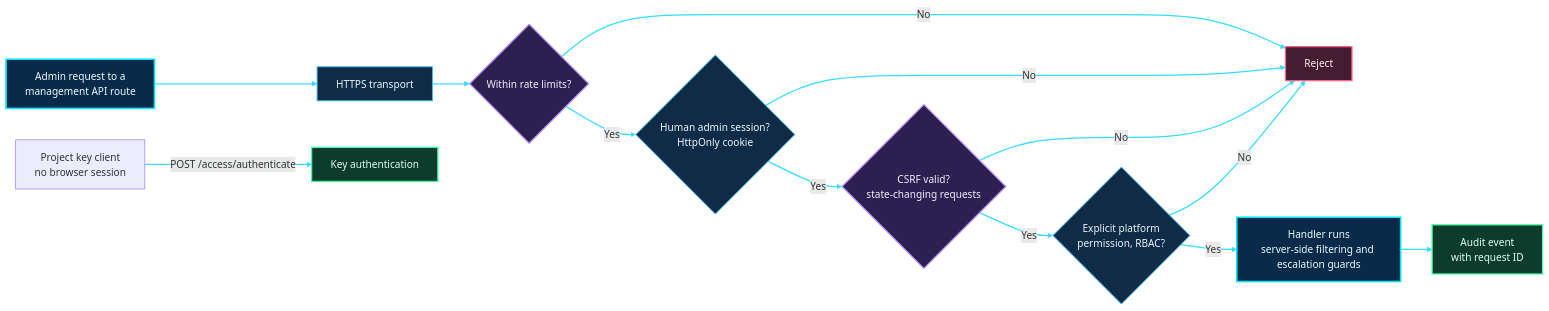
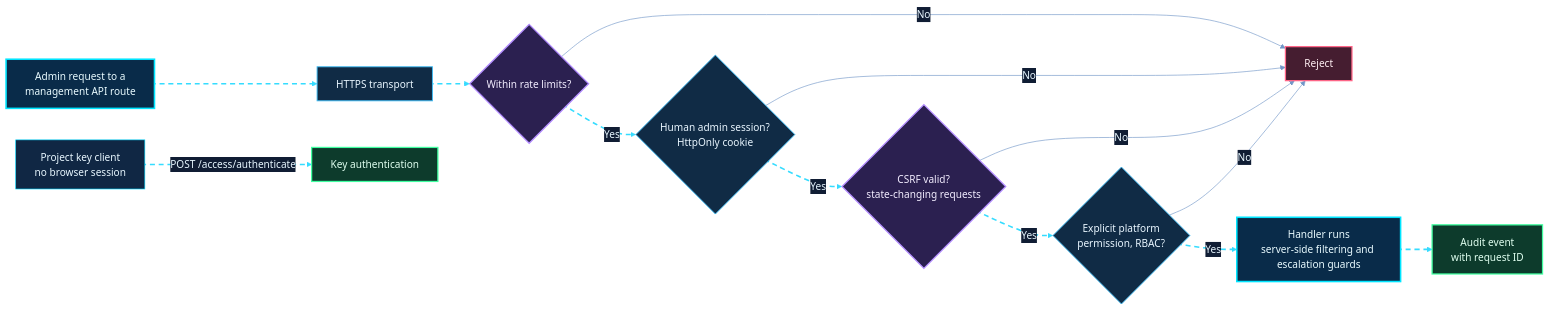
Diagram 17 of 23 in README.md (shajeduzzamanenan992008inc/NexOra-Database-key-Gen), drawn with Mermaid before and after one commit. The commit also changed other lines of this file, not shown here.

````diff
--- a/README.md
+++ b/README.md
@@ -1364,33 +1404,36 @@
 ```mermaid
+%%{init: {"theme":"base","themeVariables":{"darkMode":true,"background":"#07111f","primaryColor":"#102744","primaryTextColor":"#e8f7ff","primaryBorderColor":"#00d9ff","lineColor":"#7297c8","secondaryColor":"#261d45","secondaryTextColor":"#f3eaff","secondaryBorderColor":"#a78bfa","tertiaryColor":"#12332b","tertiaryTextColor":"#e0fff1","tertiaryBorderColor":"#41e6a2","fontFamily":"Inter, Segoe UI, sans-serif","edgeLabelBackground":"#101d34","mainBkg":"#102744","nodeBorder":"#00d9ff","clusterBkg":"#0b1930","clusterBorder":"#6f7dff","actorBkg":"#102744","actorBorder":"#00d9ff","actorTextColor":"#e8f7ff","signalColor":"#64d8ff","signalTextColor":"#e8f7ff","noteBkgColor":"#0e332b","noteBorderColor":"#41e6a2","noteTextColor":"#e0fff1"}}}%%
 flowchart LR
-    R["Admin request to a<br/>management API route"] --> T["HTTPS transport"]
-    T --> L{"Within rate limits?"}
+    R["Admin request to a<br/>management API route"] nx13e01@--> T["HTTPS transport"]
+    T nx13e02@--> L{"Within rate limits?"}
     L -->|No| X["Reject"]
-    L -->|Yes| S{"Human admin session?<br/>HttpOnly cookie"}
+    L nx13e03@-->|Yes| S{"Human admin session?<br/>HttpOnly cookie"}
     S -->|No| X
-    S -->|Yes| C{"CSRF valid?<br/>state-changing requests"}
+    S nx13e04@-->|Yes| C{"CSRF valid?<br/>state-changing requests"}
     C -->|No| X
-    C -->|Yes| P{"Explicit platform<br/>permission, RBAC?"}
+    C nx13e05@-->|Yes| P{"Explicit platform<br/>permission, RBAC?"}
     P -->|No| X
-    P -->|Yes| H["Handler runs<br/>server-side filtering and escalation guards"]
-    H --> A["Audit event<br/>with request ID"]
-    K["Project key client<br/>no browser session"] -->|"POST /access/authenticate"| KA["Key authentication"]
+    P nx13e06@-->|Yes| H["Handler runs<br/>server-side filtering and escalation guards"]
+    H nx13e07@--> A["Audit event<br/>with request ID"]
+    K["Project key client<br/>no browser session"] nx13e08@-->|"POST /access/authenticate"| KA["Key authentication"]
 
     %% OMEGA NEX-ORA visual classes
     %% OMEGA NEX-ORA / ULTRA NEON PALETTE
     classDef nxCore fill:#092b49,stroke:#00e5ff,stroke-width:2.5px,color:#e9fbff;
     classDef nxProcess fill:#102b45,stroke:#3dbcf5,stroke-width:1.5px,color:#e9f6ff;
     classDef nxDecision fill:#2b2050,stroke:#b38cff,stroke-width:2px,color:#f3edff;
     classDef nxSuccess fill:#0d3b2c,stroke:#3fffa0,stroke-width:2px,color:#e0fff0;
     classDef nxDanger fill:#451d30,stroke:#ff6688,stroke-width:2px,color:#fff0f3;
     classDef nxData fill:#12352d,stroke:#63e6be,stroke-width:2px,color:#e1fff5;
     classDef nxExternal fill:#2b2149,stroke:#c4a5ff,stroke-width:2px,color:#f3ecff;
     classDef nxInfo fill:#17253e,stroke:#91a7c9,stroke-width:1.5px,color:#e5efff;
     classDef nxWarning fill:#453116,stroke:#fbbf24,stroke-width:2px,color:#fff6d6;
+    %% Moving dashed route: Mermaid applies this class to explicitly identified edges.
+    classDef nxAnimated stroke:#35dcff,stroke-width:2.5px,stroke-dasharray:8\,6,stroke-dashoffset:1000,animation:dash 24s linear infinite;
     class R,H nxCore;
     class T,S,P nxProcess;
     class L,C nxDecision;
     class X nxDanger;
     class A,KA nxSuccess;
-    linkStyle default stroke:#35dcff,stroke-width:2px;
+    class nx13e01,nx13e02,nx13e03,nx13e04,nx13e05,nx13e06,nx13e07,nx13e08 nxAnimated;
 ```
````
